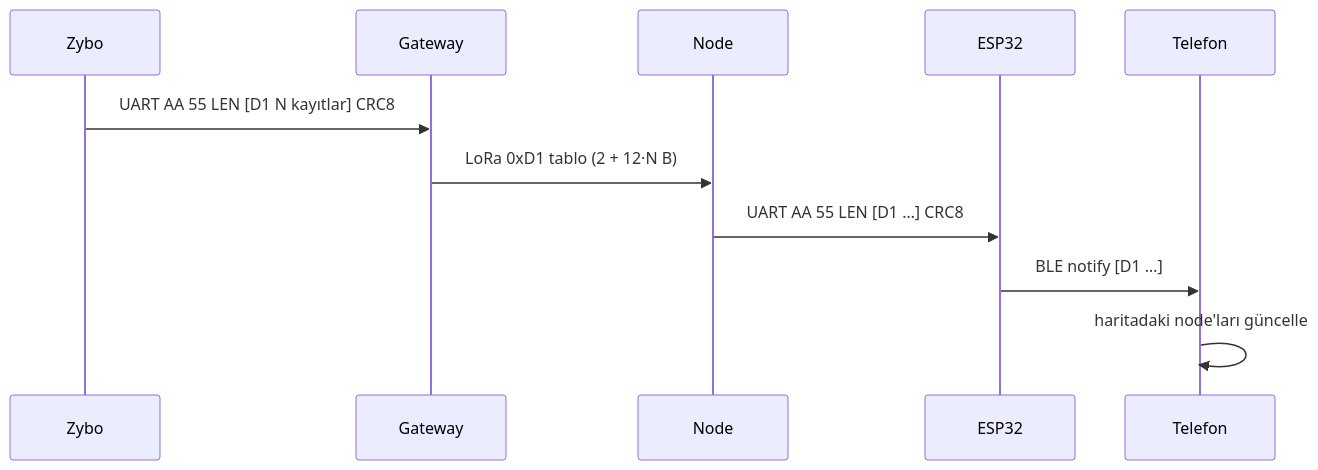
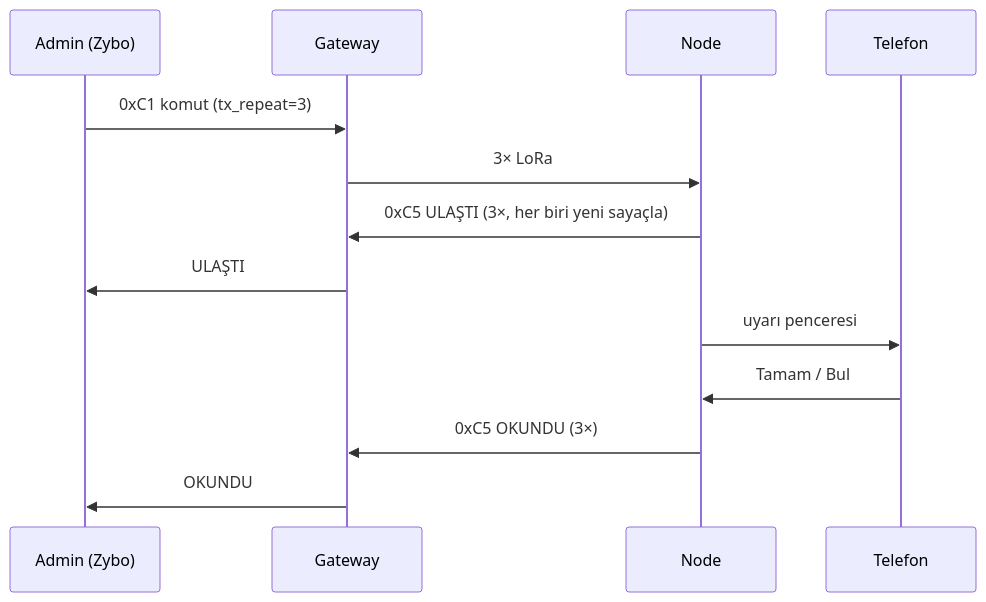
One commit to aykutaslantas/lora-sub-ghz-atak-system changed the third of 5 diagrams in docs/architecture.md. Above: the diagram before and after it, drawn with Mermaid. The commit also changed other lines of this file and 84 other files, not shown here.

````diff
--- a/docs/architecture.md
+++ b/docs/architecture.md
@@ -44,13 +61,15 @@
 ```mermaid
 sequenceDiagram
-    participant Z as Zybo
+    participant A as Admin (Zybo)
     participant G as Gateway
     participant N as Node
-    participant E as ESP32
     participant P as Telefon
-    Z->>G: UART AA 55 LEN [D1 N kayıtlar] CRC8
-    G->>N: LoRa 0xD1 tablo (2 + 12·N B)
-    N->>E: UART AA 55 LEN [D1 …] CRC8
-    E->>P: BLE notify [D1 …]
-    P->>P: haritadaki node'ları güncelle
+    A->>G: 0xC1 komut (tx_repeat=3)
+    G->>N: 3× LoRa
+    N->>G: 0xC5 ULAŞTI (3×, her biri yeni sayaçla)
+    G->>A: ULAŞTI
+    N->>P: uyarı penceresi
+    P->>N: Tamam / Bul
+    N->>G: 0xC5 OKUNDU (3×)
+    G->>A: OKUNDU
 ```
````
